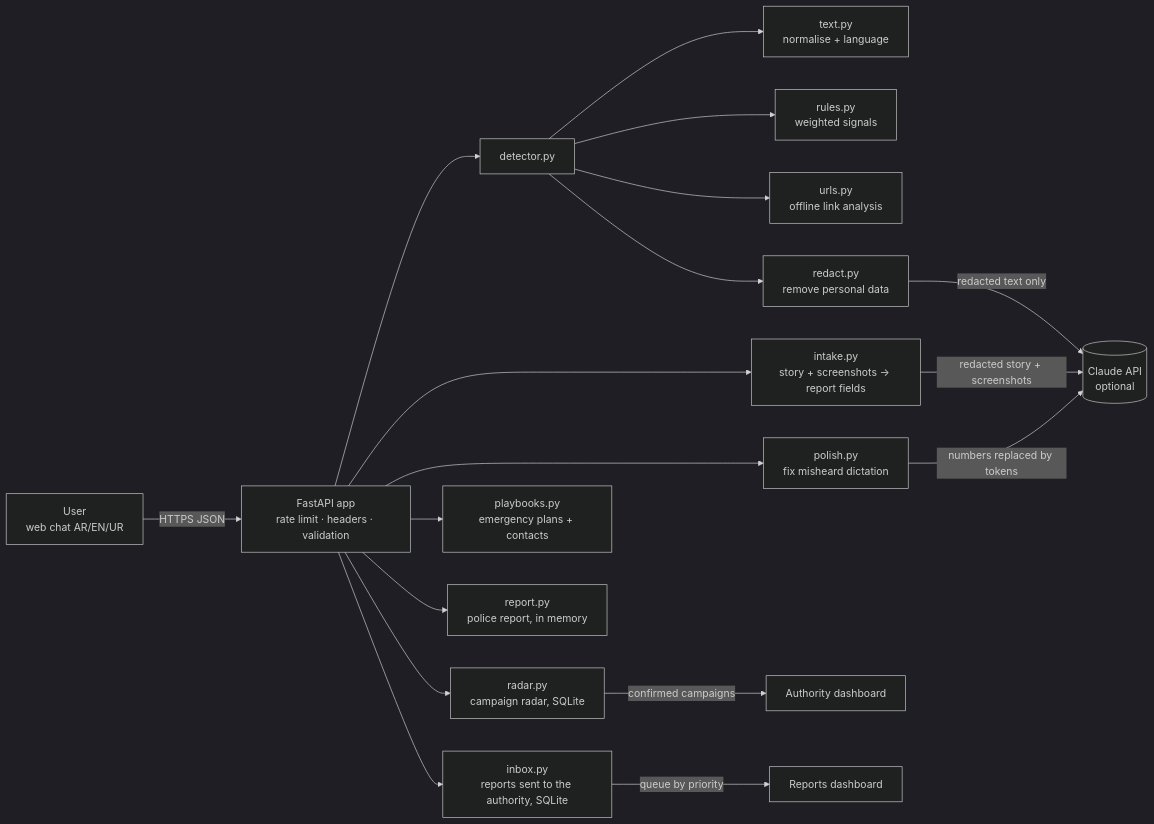
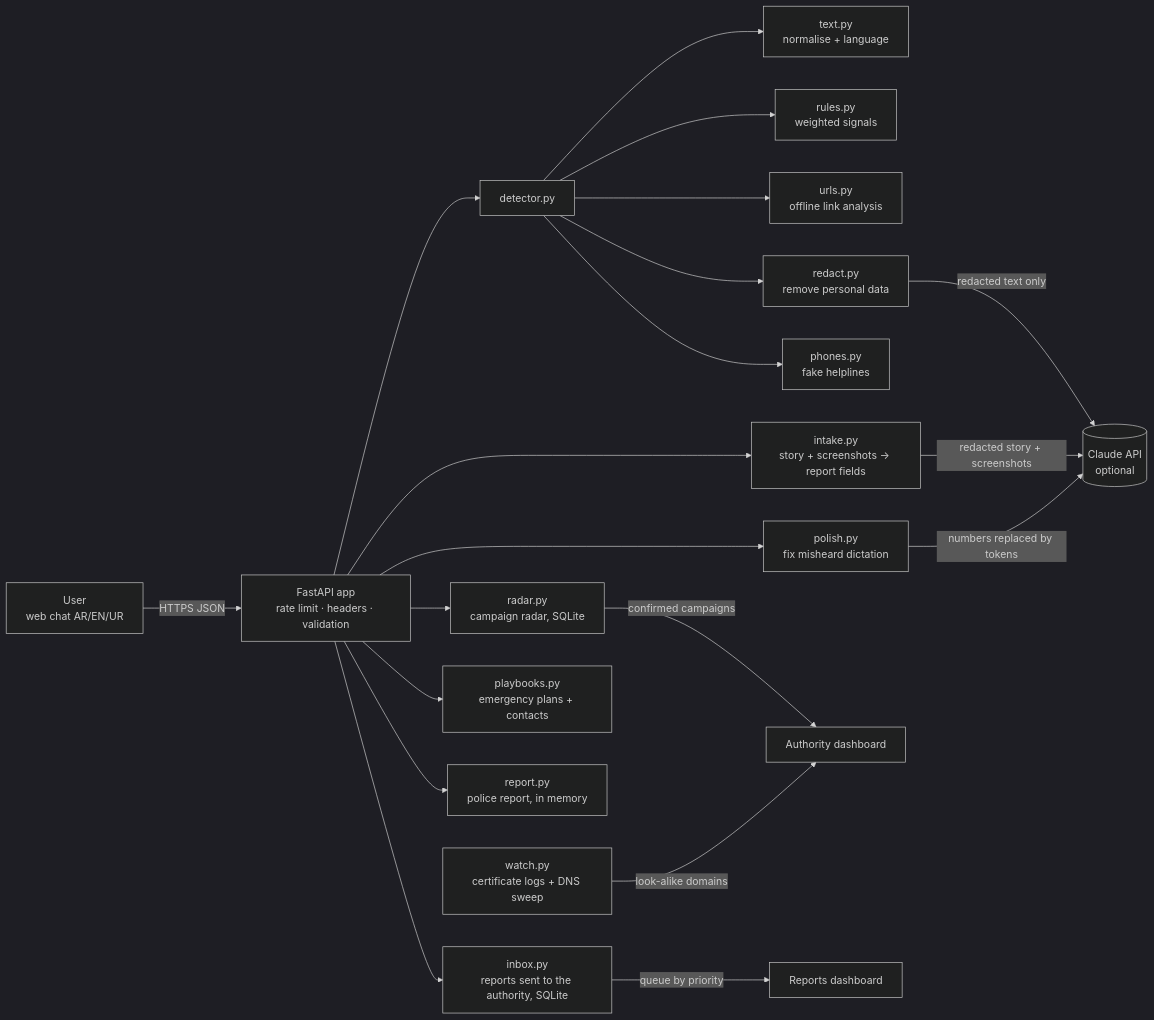
The diagram in docs/TECHNICAL.md (mohamedtorky2022/Haris), drawn with Mermaid (dark theme) before and after one commit. The commit also changed other lines of this file and 27 other files, not shown here.

````diff
--- a/docs/TECHNICAL.md
+++ b/docs/TECHNICAL.md
@@ -7,20 +7,22 @@
 ```mermaid
 flowchart LR
     U[User<br/>web chat AR/EN/UR] -->|HTTPS JSON| API[FastAPI app<br/>rate limit · headers · validation]
     API --> D[detector.py]
     D --> N[text.py<br/>normalise + language]
     D --> R[rules.py<br/>weighted signals]
     D --> L[urls.py<br/>offline link analysis]
     D --> X[redact.py<br/>remove personal data]
+    D --> PH[phones.py<br/>fake helplines]
     X -->|redacted text only| C[(Claude API<br/>optional)]
     API --> I[intake.py<br/>story + screenshots → report fields]
     I -->|redacted story + screenshots| C
     API --> PO[polish.py<br/>fix misheard dictation]
     API --> RA[radar.py<br/>campaign radar, SQLite]
     RA -->|confirmed campaigns| AUTH[Authority dashboard]
+    W[watch.py<br/>certificate logs + DNS sweep] -->|look-alike domains| AUTH
     API --> IN[inbox.py<br/>reports sent to the authority, SQLite]
     IN -->|queue by priority| REP[Reports dashboard]
     PO -->|numbers replaced by tokens| C
     API --> P[playbooks.py<br/>emergency plans + contacts]
     API --> RP[report.py<br/>police report, in memory]
 ```
````
